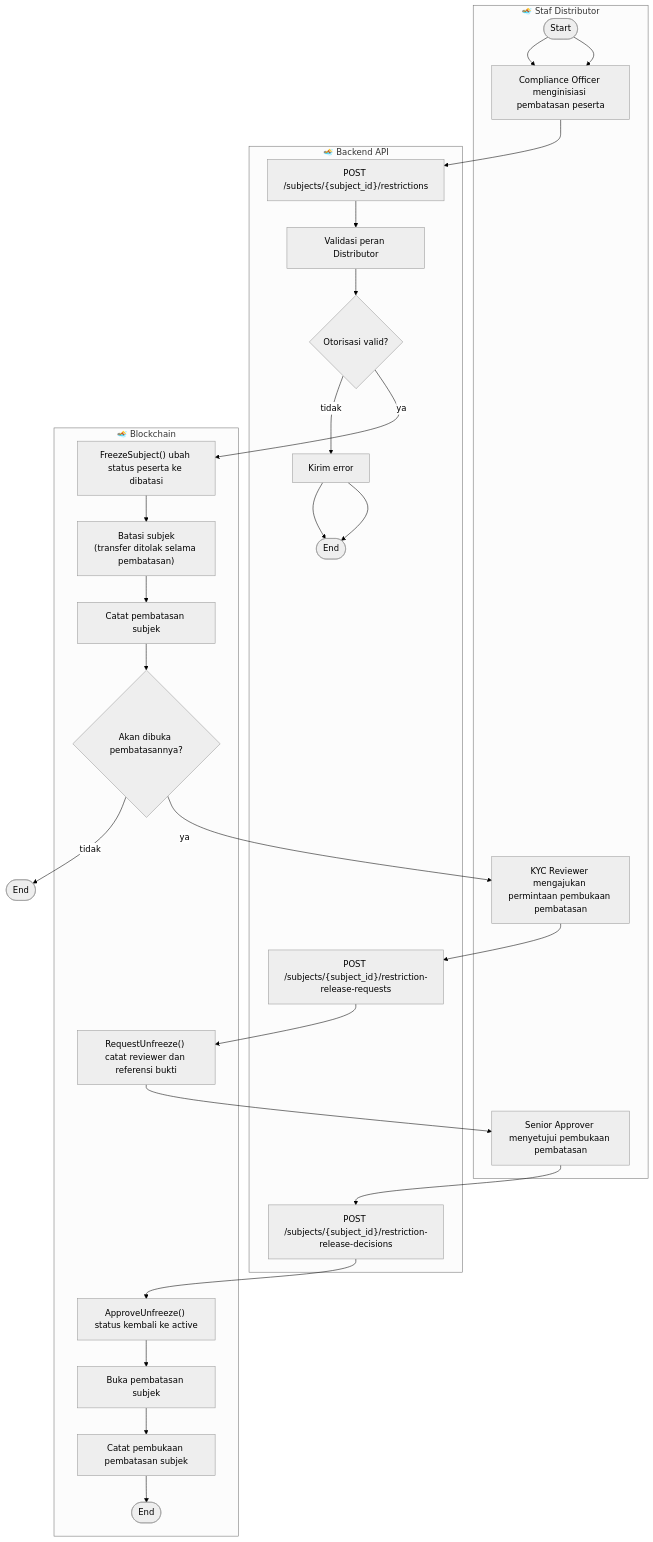
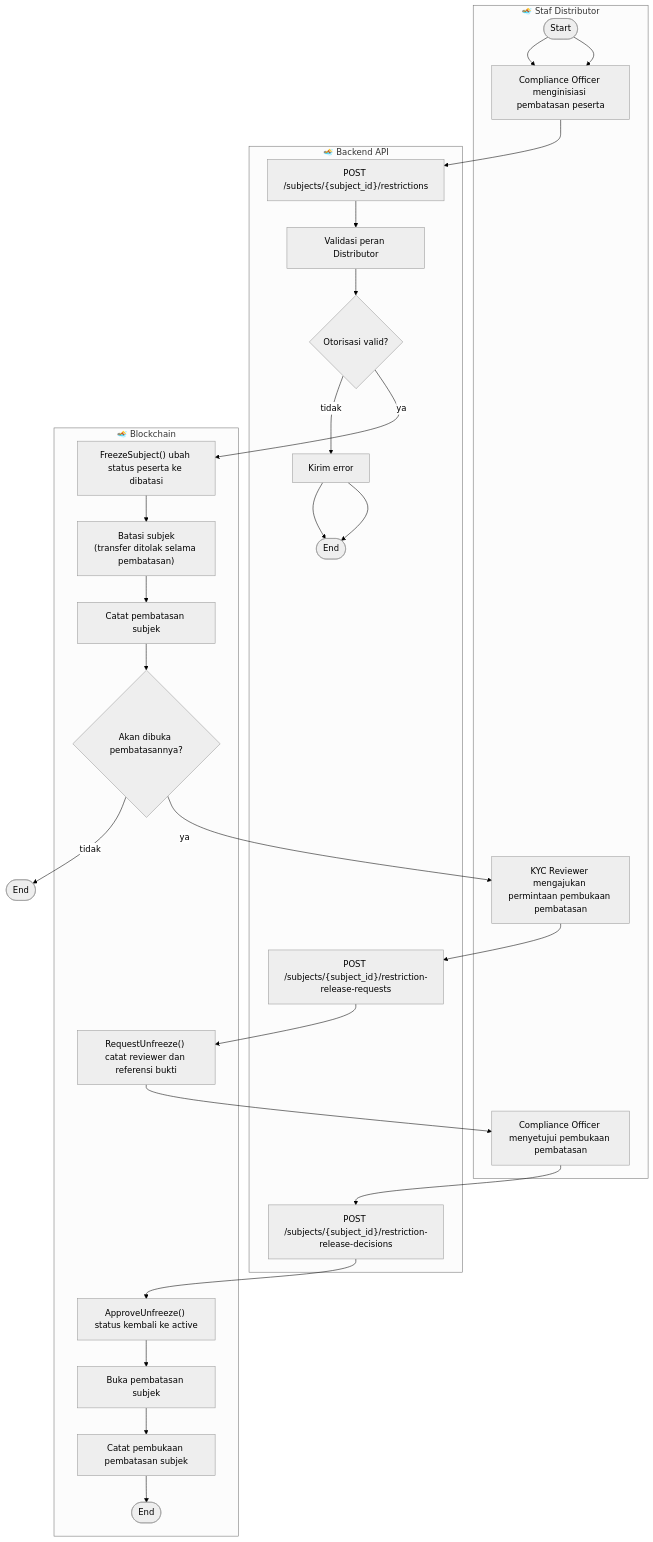
The sixth of 7 diagrams in bi-coin-fabric/docs/diagrams/mermaid/activity-diagrams.md (mfachrizalg/bi-coin), drawn with Mermaid before and after one commit. The commit also changed other lines of this file and 37 other files, not shown here.

````diff
--- a/bi-coin-fabric/docs/diagrams/mermaid/activity-diagrams.md
+++ b/bi-coin-fabric/docs/diagrams/mermaid/activity-diagrams.md
@@ -352,37 +352,37 @@
 ```mermaid
 %%{init: {'theme': 'neutral', 'themeVariables': {'primaryColor': '#ffffff', 'primaryBorderColor': '#000000', 'lineColor': '#000000'}}}%%
 flowchart TD
     subgraph L1["🏊 Staf Distributor"]
         S([Start]) --> S1["Compliance Officer menginisiasi pembatasan peserta"]
         S2["KYC Reviewer mengajukan permintaan pembukaan pembatasan"]
-        S3["Senior Approver menyetujui pembukaan pembatasan"]
+        S3["Compliance Officer menyetujui pembukaan pembatasan"]
     end
     subgraph L2["🏊 Backend API"]
         B1["POST /subjects/{subject_id}/restrictions"] --> B2["Validasi peran Distributor"]
         B2 --> D1{Otorisasi valid?}
         D1 -- tidak --> B3["Kirim error"] --> E1([End])
         B4["POST /subjects/{subject_id}/restriction-release-requests"]
         B5["POST /subjects/{subject_id}/restriction-release-decisions"]
     end
     subgraph L3["🏊 Blockchain"]
         C1["FreezeSubject() ubah status peserta ke dibatasi"]
         C2["Batasi subjek<br/>(transfer ditolak selama pembatasan)"]
         C3["Catat pembatasan subjek"]
         D2{Akan dibuka pembatasannya?}
         C4["RequestUnfreeze() catat reviewer dan referensi bukti"]
         C5["ApproveUnfreeze() status kembali ke active"]
         C6["Buka pembatasan subjek"]
         C7["Catat pembukaan pembatasan subjek"] --> E3([End])
     end
     S --> S1
     S1 --> B1
     D1 -- ya --> C1
     C1 --> C2 --> C3 --> D2
     D2 -- tidak --> E2([End])
     D2 -- ya --> S2
     S2 --> B4
     B4 --> C4 --> S3
     S3 --> B5
     B5 --> C5 --> C6 --> C7
     B3 --> E1
 ```
````
